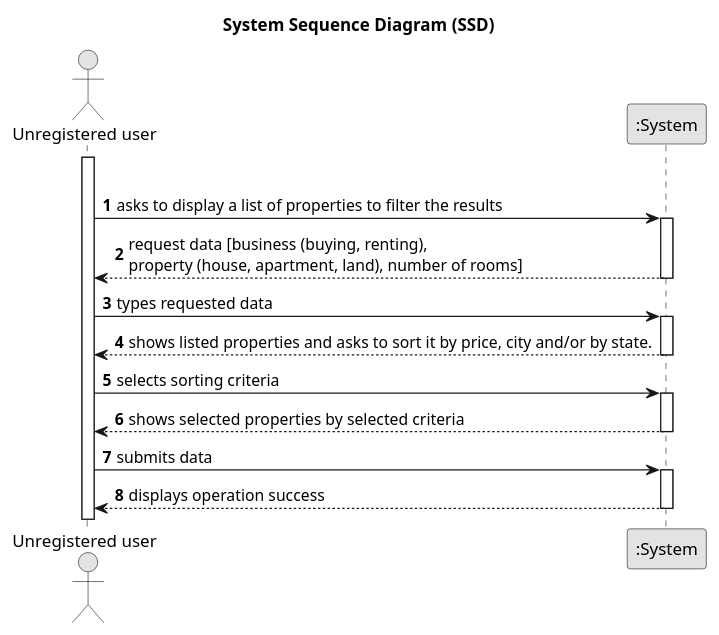
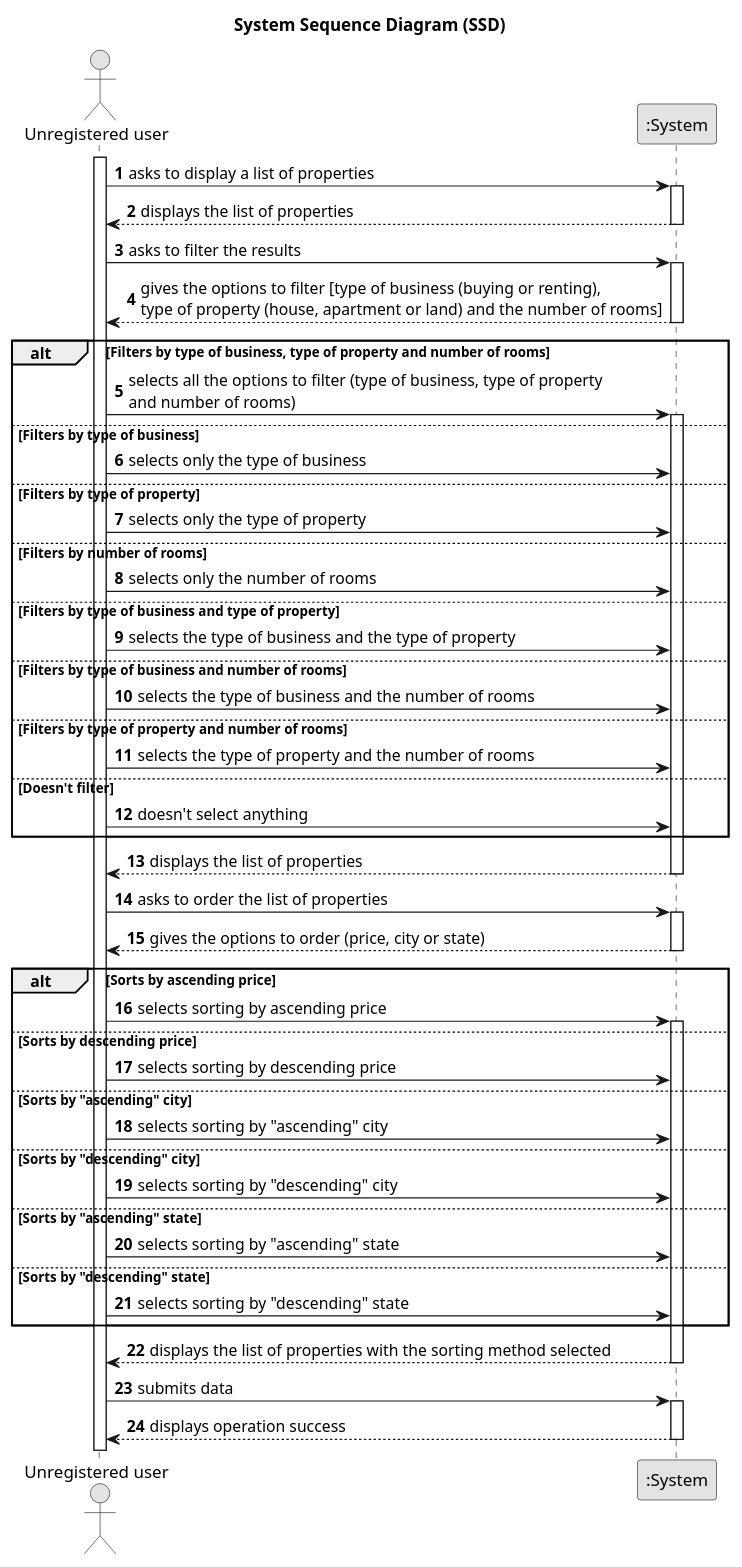
Before and after one commit to PureNimble/ISEP-LAPR2: the diagram in docs/sprintB/US01/01.requirements-engineering/puml/us01-system-sequence-diagram.puml, drawn with PlantUML.

Commit message:
Updated the US01 SSD

```diff
--- a/docs/sprintB/US01/01.requirements-engineering/puml/us01-system-sequence-diagram.puml
+++ b/docs/sprintB/US01/01.requirements-engineering/puml/us01-system-sequence-diagram.puml
@@ -1,41 +1,108 @@
 @startuml
 skinparam monochrome true
 skinparam packageStyle rectangle
 skinparam shadowing false
 
 title System Sequence Diagram (SSD)
 
 autonumber
 
 actor "Unregistered user" as User
 participant ":System" as System
 
-opt Optimal Case
 
 activate User
 
-    User -> System : asks to display a list of properties to filter the results
+    User -> System : asks to display a list of properties
     activate System
 
-    System --> User : request data [business (buying, renting), \nproperty (house, apartment, land), number of rooms]
+    System --> User : displays the list of properties
     deactivate System
 
-    User -> System : types requested data
+    User -> System : asks to filter the results
     activate System
 
-        System --> User : shows listed properties and asks to sort it by price, city and/or by state.
+    System --> User : gives the options to filter [type of business (buying or renting), \ntype of property (house, apartment or land) and the number of rooms]
     deactivate System
 
-    User -> System : selects sorting criteria
+    alt Filters by type of business, type of property and number of rooms
+
+        User -> System : selects all the options to filter (type of business, type of property \nand number of rooms)
+        activate System
+
+    else Filters by type of business
+
+        User -> System : selects only the type of business
+
+    else Filters by type of property
+
+        User -> System : selects only the type of property
+
+    else Filters by number of rooms
+
+        User -> System : selects only the number of rooms
+
+    else Filters by type of business and type of property
+
+        User -> System : selects the type of business and the type of property
+
+    else Filters by type of business and number of rooms
+
+        User -> System : selects the type of business and the number of rooms
+
+    else Filters by type of property and number of rooms
+
+        User -> System : selects the type of property and the number of rooms
+
+    else Doesn't filter
+
+        User -> System : doesn't select anything
+
+    end
+
+    System --> User : displays the list of properties
+    deactivate System
+
+    User -> System : asks to order the list of properties
     activate System
 
-    System --> User : shows selected properties by selected criteria
+    System --> User : gives the options to order (price, city or state)
+    deactivate System
+
+    alt Sorts by ascending price
+
+        User -> System : selects sorting by ascending price
+        activate System
+
+    else Sorts by descending price
+
+        User -> System : selects sorting by descending price
+
+    else Sorts by "ascending" city
+
+        User -> System : selects sorting by "ascending" city
+
+    else Sorts by "descending" city
+
+        User -> System : selects sorting by "descending" city
+
+    else Sorts by "ascending" state
+
+        User -> System : selects sorting by "ascending" state
+
+    else Sorts by "descending" state
+
+        User -> System : selects sorting by "descending" state
+
+    end
+
+    System --> User : displays the list of properties with the sorting method selected
     deactivate System
 
     User -> System : submits data
     activate System
 
     System --> User : displays operation success
     deactivate System
 
 @enduml
```
